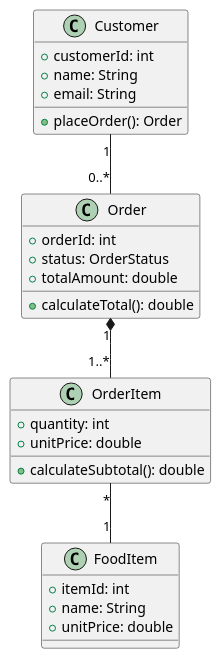
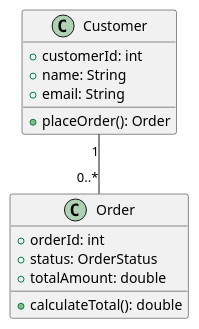
One commit to Haibrosh/OOAD_PlantUML_CICD changed the diagram in docs/class-diagram.puml. Above: the diagram before and after it, drawn with PlantUML.

Commit message:
docs: add customer, order into class diagram

```diff
--- a/docs/class-diagram.puml
+++ b/docs/class-diagram.puml
@@ -1,33 +1,20 @@
 @startuml
 
 class Customer {
     +customerId: int
     +name: String
     +email: String
     +placeOrder(): Order
 }
 
 class Order {
     +orderId: int
     +status: OrderStatus
     +totalAmount: double
     +calculateTotal(): double
 }
 
-class OrderItem {
-    +quantity: int
-    +unitPrice: double
-    +calculateSubtotal(): double
-}
-
-class FoodItem {
-    +itemId: int
-    +name: String
-    +unitPrice: double
-}
 
 Customer "1" -- "0..*" Order
-Order "1" *-- "1..*" OrderItem
-OrderItem "*" -- "1" FoodItem
 
 @enduml
```
